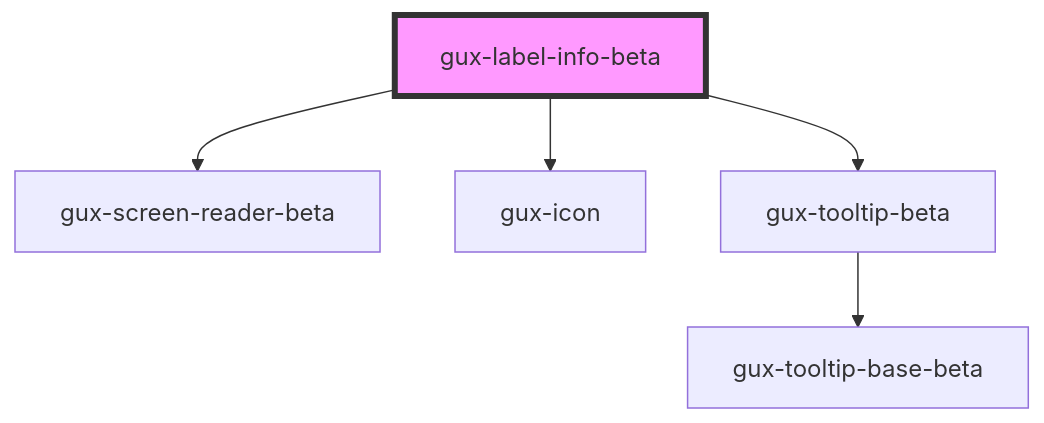
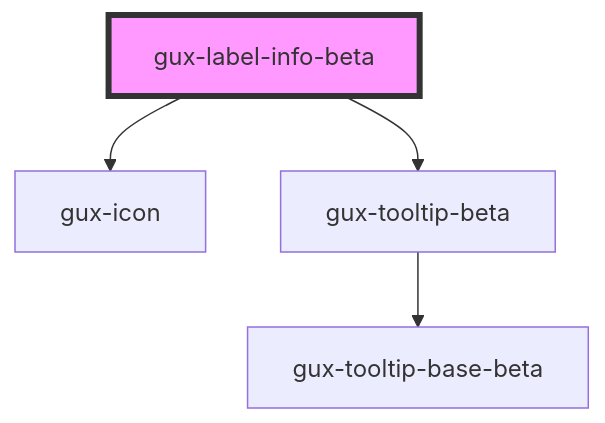
One commit to MyPureCloud/genesys-spark changed the diagram in packages/genesys-spark-components/src/components/beta/gux-label-info/readme.md. Above: the diagram before and after it, drawn with Mermaid. The commit also changed other lines of this file and 6 other files, not shown here.

````diff
--- a/packages/genesys-spark-components/src/components/beta/gux-label-info/readme.md
+++ b/packages/genesys-spark-components/src/components/beta/gux-label-info/readme.md
@@ -55,8 +54,7 @@
 ```mermaid
 graph TD;
-  gux-label-info-beta --> gux-screen-reader-beta
   gux-label-info-beta --> gux-icon
   gux-label-info-beta --> gux-tooltip-beta
   gux-tooltip-beta --> gux-tooltip-base-beta
   style gux-label-info-beta fill:#f9f,stroke:#333,stroke-width:4px
 ```
````
